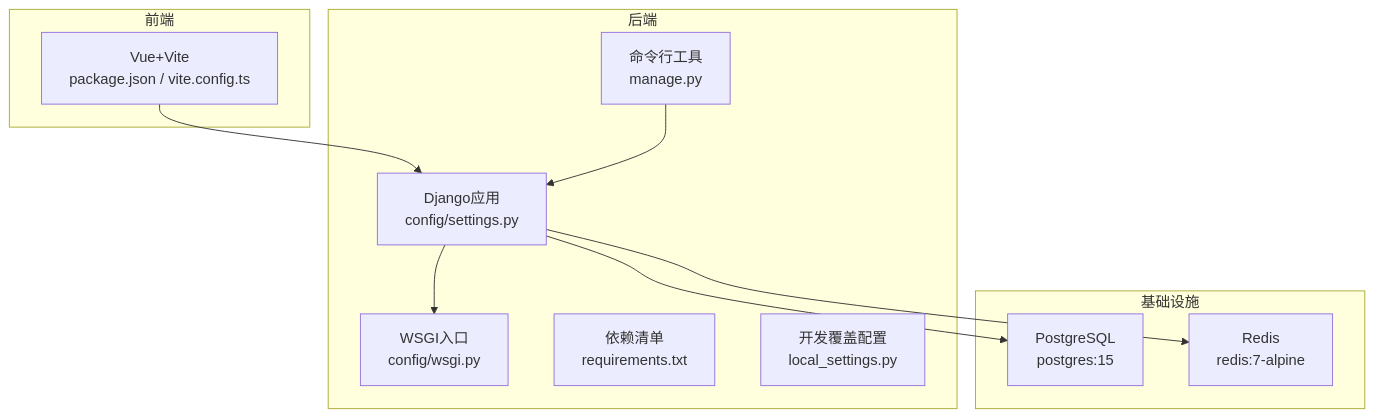
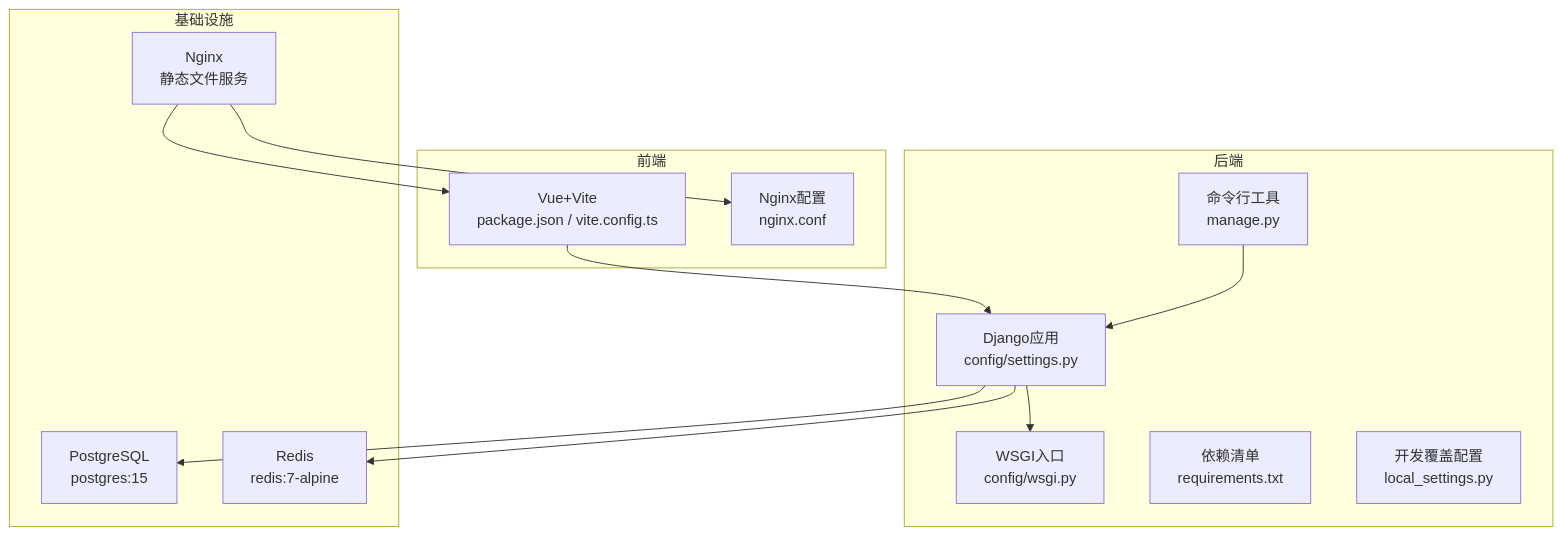
The first of 3 diagrams in .qoder/repowiki/zh/content/部署配置/Docker部署.md (zyp-coder/Metadata), drawn with Mermaid before and after one commit. The commit also changed other lines of this file and 54 other files, not shown here.

````diff
--- a/.qoder/repowiki/zh/content/部署配置/Docker部署.md
+++ b/.qoder/repowiki/zh/content/部署配置/Docker部署.md
@@ -34,22 +44,26 @@
 ```mermaid
 graph TB
 subgraph "后端"
 A["Django应用<br/>config/settings.py"]
 B["WSGI入口<br/>config/wsgi.py"]
 C["命令行工具<br/>manage.py"]
 D["依赖清单<br/>requirements.txt"]
 E["开发覆盖配置<br/>local_settings.py"]
 end
 subgraph "基础设施"
 F["PostgreSQL<br/>postgres:15"]
 G["Redis<br/>redis:7-alpine"]
+H["Nginx<br/>静态文件服务"]
 end
 subgraph "前端"
-H["Vue+Vite<br/>package.json / vite.config.ts"]
+I["Vue+Vite<br/>package.json / vite.config.ts"]
+J["Nginx配置<br/>nginx.conf"]
 end
-H --> A
+I --> A
 A --> F
 A --> G
 A --> B
 C --> A
+H --> I
+H --> J
 ```
````
